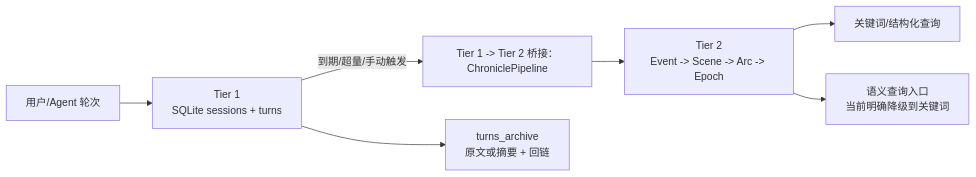
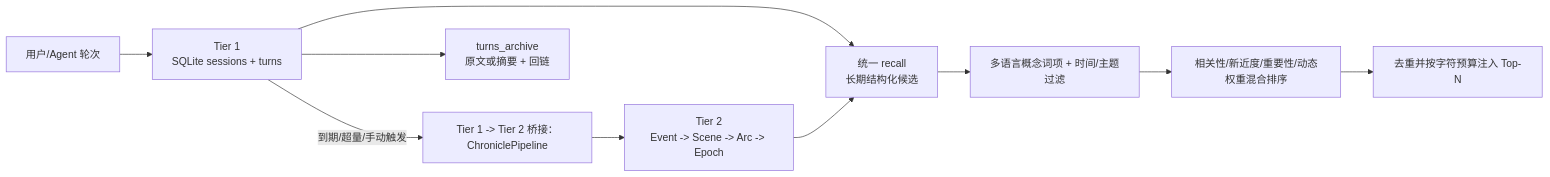
One commit to LSgit-hub/VoidCube changed the fourth of 5 diagrams in docs/项目架构与逻辑架构.md. Above: the diagram before and after it, drawn with Mermaid. The commit also changed other lines of this file and 21 other files, not shown here.

````diff
--- a/docs/项目架构与逻辑架构.md
+++ b/docs/项目架构与逻辑架构.md
@@ -250,9 +250,12 @@
 ```mermaid
 flowchart LR
     R[用户/Agent 轮次] --> T1[Tier 1\nSQLite sessions + turns]
     T1 -->|到期/超量/手动触发| B[Tier 1 -> Tier 2 桥接：ChroniclePipeline]
     B --> T2[Tier 2\nEvent -> Scene -> Arc -> Epoch]
-    T2 --> Q[关键词/结构化查询]
-    T2 --> S[语义查询入口\n当前明确降级到关键词]
+    T1 --> Q[统一 recall\n近期原文候选]
+    T2 --> Q[统一 recall\n长期结构化候选]
+    Q --> K[多语言概念词项 + 时间/主题过滤]
+    K --> W[相关性/新近度/重要性/动态权重混合排序]
+    W --> P[去重并按字符预算注入 Top-N]
     T1 --> A[turns_archive\n原文或摘要 + 回链]
 ```
````
